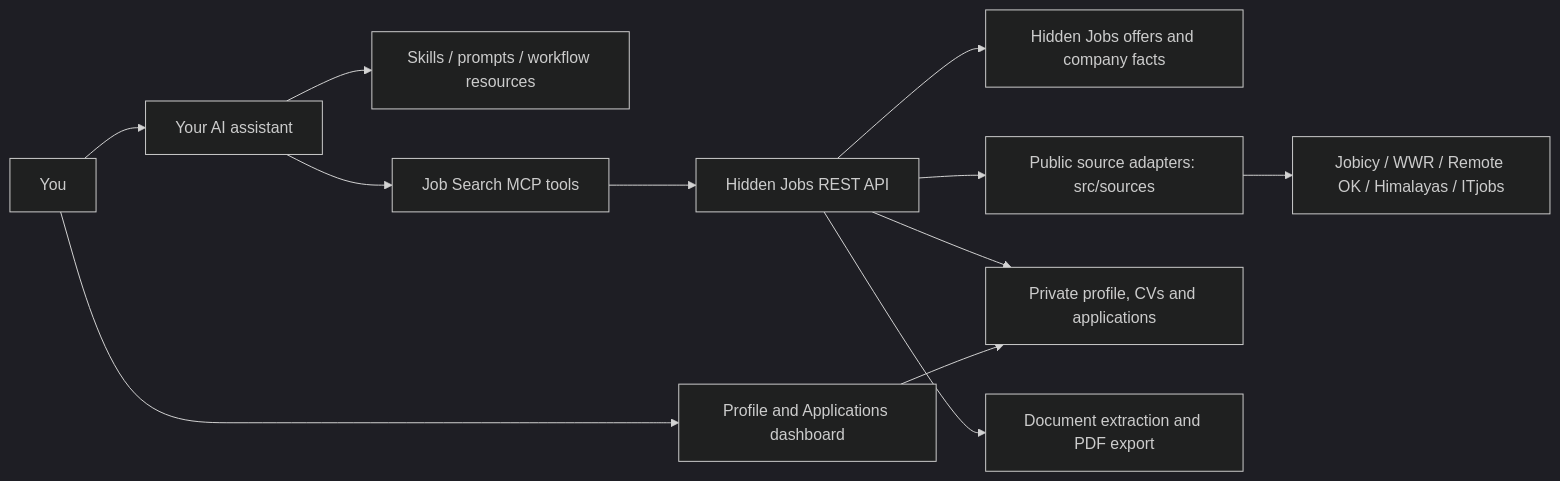
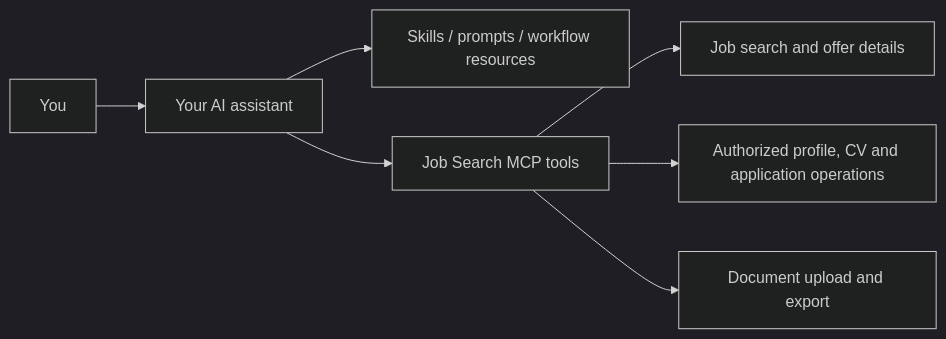
The diagram in docs/architecture.md (hiddenjobs/job-search-mcp), drawn with Mermaid (dark theme) before and after one commit. The commit also changed other lines of this file and 6 other files, not shown here.

First line of the commit message:
Keep public MCP documentation focused on its contract (#26)

````diff
--- a/docs/architecture.md
+++ b/docs/architecture.md
@@ -3,14 +3,9 @@
 ```mermaid
 flowchart LR
     User[You] --> Assistant[Your AI assistant]
     Assistant --> Instructions[Skills / prompts / workflow resources]
     Assistant --> MCP[Job Search MCP tools]
-    MCP --> REST[Hidden Jobs REST API]
-    REST --> Jobs[Hidden Jobs offers and company facts]
-    REST --> Adapters[Public source adapters: src/sources]
-    Adapters --> Sources[Jobicy / WWR / Remote OK / Himalayas / ITjobs]
-    REST --> Career[Private profile, CVs and applications]
-    REST --> Files[Document extraction and PDF export]
-    User --> Account[Profile and Applications dashboard]
-    Account --> Career
+    MCP --> Jobs[Job search and offer details]
+    MCP --> Career[Authorized profile, CV and application operations]
+    MCP --> Documents[Document upload and export]
 ```
````
